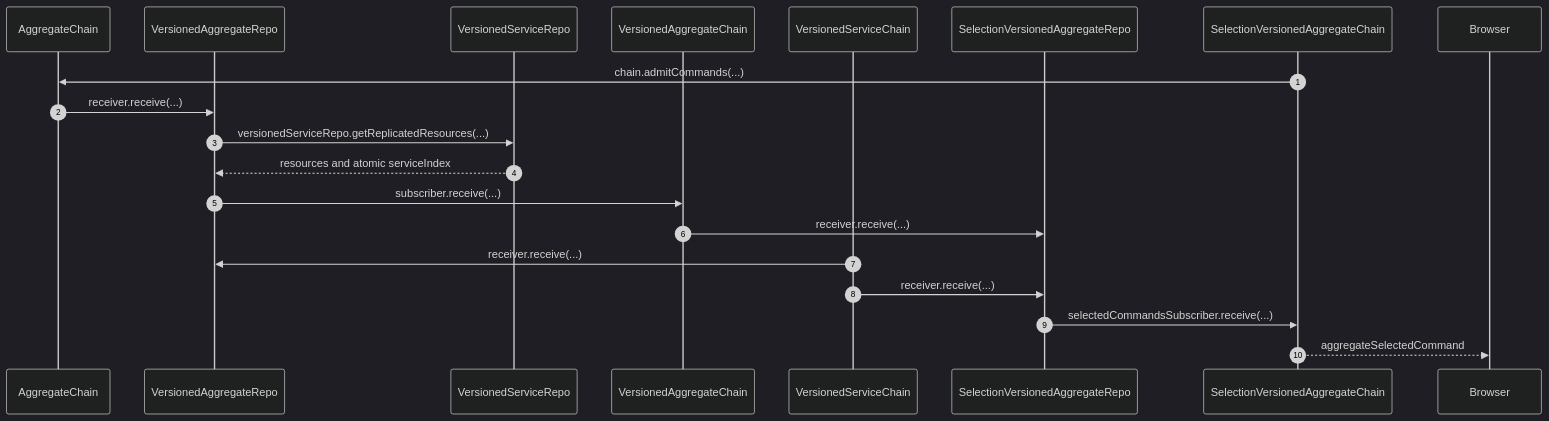
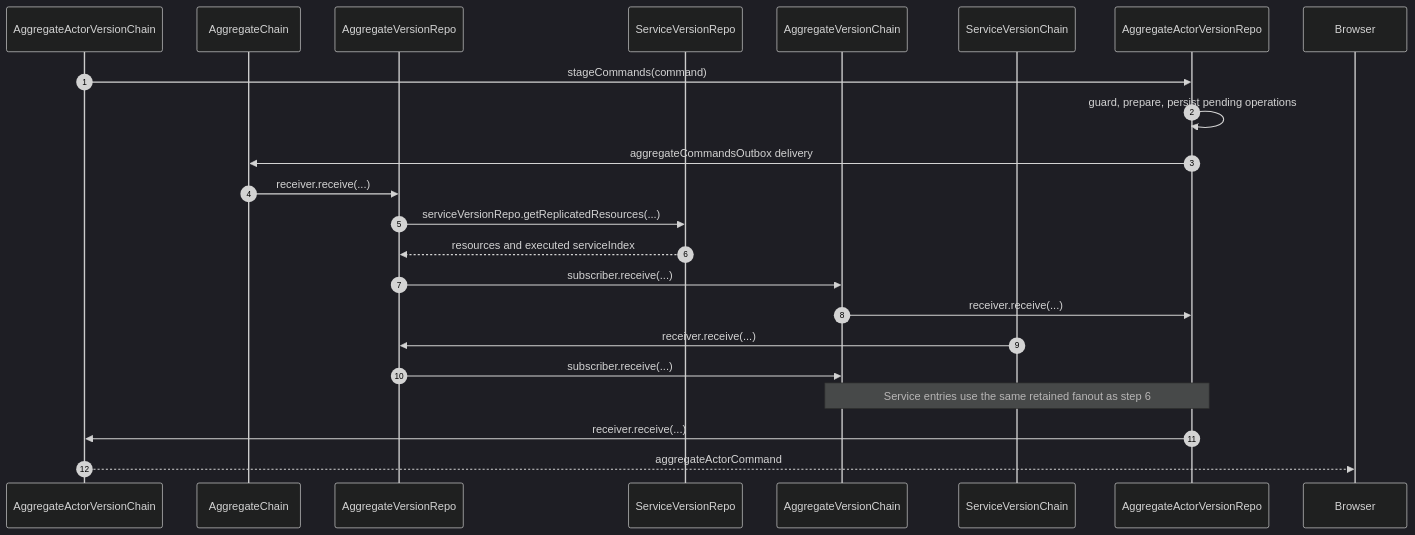
One commit to morgs32/qrk.sh changed the first of 3 diagrams in wiki/architecture/server/admitCommands.md. Above: the diagram before and after it, drawn with Mermaid (dark theme). The commit also changed other lines of this file and 1714 other files, not shown here.

````diff
--- a/wiki/architecture/server/admitCommands.md
+++ b/wiki/architecture/server/admitCommands.md
@@ -15,31 +14,25 @@
 ```mermaid
 sequenceDiagram
-  participant AggregateChain
-  participant VersionedAggregateRepo
-  participant VersionedServiceRepo
-  participant VersionedAggregateChain
-  participant VersionedServiceChain
-  participant SelectionVersionedAggregateRepo
-  participant SelectionVersionedAggregateChain
+  participant AAVC as AggregateActorVersionChain
+  participant AC as AggregateChain
+  participant AVR as AggregateVersionRepo
+  participant SVR as ServiceVersionRepo
+  participant AVC as AggregateVersionChain
+  participant SVC as ServiceVersionChain
+  participant AAVR as AggregateActorVersionRepo
   participant Browser
-  autonumber 1
-  SelectionVersionedAggregateChain->>AggregateChain: chain.admitCommands(...)
-  autonumber 2
-  AggregateChain->>VersionedAggregateRepo: receiver.receive(...)
-  autonumber 3
-  VersionedAggregateRepo->>VersionedServiceRepo: versionedServiceRepo.getReplicatedResources(...)
-  autonumber 4
-  VersionedServiceRepo-->>VersionedAggregateRepo: resources and atomic serviceIndex
-  autonumber 5
-  VersionedAggregateRepo->>VersionedAggregateChain: subscriber.receive(...)
-  autonumber 6
-  VersionedAggregateChain->>SelectionVersionedAggregateRepo: receiver.receive(...)
-  autonumber 7
-  VersionedServiceChain->>VersionedAggregateRepo: receiver.receive(...)
-  autonumber 8
-  VersionedServiceChain->>SelectionVersionedAggregateRepo: receiver.receive(...)
-  autonumber 9
-  SelectionVersionedAggregateRepo->>SelectionVersionedAggregateChain: selectedCommandsSubscriber.receive(...)
-  autonumber 10
-  SelectionVersionedAggregateChain-->>Browser: aggregateSelectedCommand
+  autonumber
+  AAVC->>AAVR: stageCommands(command)
+  AAVR->>AAVR: guard, prepare, persist pending operations
+  AAVR->>AC: aggregateCommandsOutbox delivery
+  AC->>AVR: receiver.receive(...)
+  AVR->>SVR: serviceVersionRepo.getReplicatedResources(...)
+  SVR-->>AVR: resources and executed serviceIndex
+  AVR->>AVC: subscriber.receive(...)
+  AVC->>AAVR: receiver.receive(...)
+  SVC->>AVR: receiver.receive(...)
+  AVR->>AVC: subscriber.receive(...)
+  Note over AVC,AAVR: Service entries use the same retained fanout as step 6
+  AAVR->>AAVC: receiver.receive(...)
+  AAVC-->>Browser: aggregateActorCommand
 ```
````
